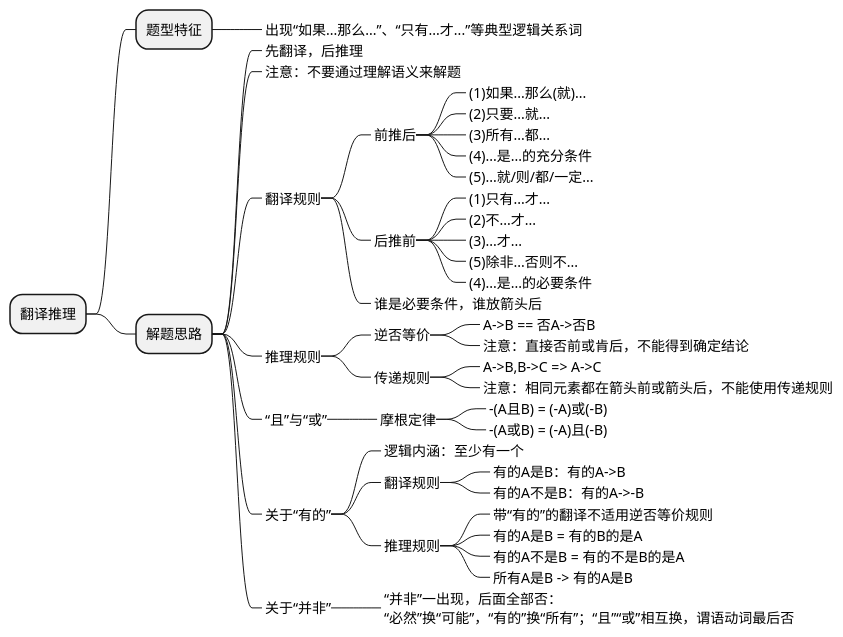
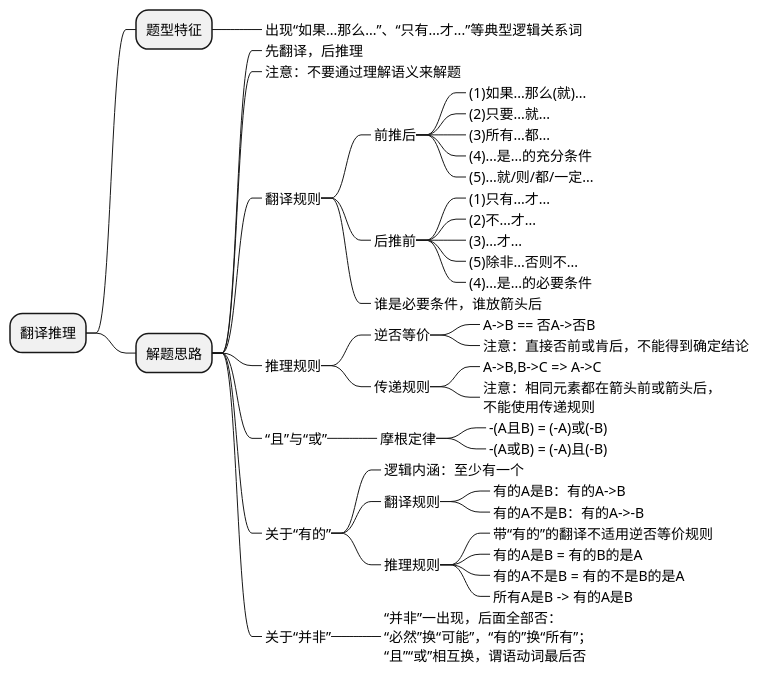
The seventh of 8 diagrams in source/_posts/math/gongkao-tuili.md (holmofy/blog.hufeifei.cn), drawn with PlantUML before and after one commit. The commit also changed other lines of this file, not shown here.

````diff
--- a/source/_posts/math/gongkao-tuili.md
+++ b/source/_posts/math/gongkao-tuili.md
@@ -235,47 +250,47 @@
 ```puml
 @startmindmap
 * 翻译推理
 ** 题型特征
 ***_ 出现“如果...那么...”、“只有...才...”等典型逻辑关系词
 ** 解题思路
 ***_ 先翻译，后推理
 ***_ 注意：不要通过理解语义来解题
 ***_ 翻译规则
 ****_ 前推后
 *****_ (1)如果...那么(就)...
 *****_ (2)只要...就...
 *****_ (3)所有...都...
 *****_ (4)...是...的充分条件
 *****_ (5)...就/则/都/一定...
 ****_ 后推前
 *****_ (1)只有...才...
 *****_ (2)不...才...
 *****_ (3)...才...
 *****_ (5)除非...否则不...
 *****_ (4)...是...的必要条件
 ****_ 谁是必要条件，谁放箭头后
 ***_ 推理规则
 ****_ 逆否等价
 *****_ A->B == 否A->否B
 *****_ 注意：直接否前或肯后，不能得到确定结论
 ****_ 传递规则
 *****_ A->B,B->C => A->C
-*****_ 注意：相同元素都在箭头前或箭头后，不能使用传递规则
+*****_ 注意：相同元素都在箭头前或箭头后，\n不能使用传递规则
 ***_ “且”与“或”
 ****_ 摩根定律
 *****_ -(A且B) = (-A)或(-B)
 *****_ -(A或B) = (-A)且(-B)
 ***_ 关于“有的”
 ****_ 逻辑内涵：至少有一个
 ****_ 翻译规则
 *****_ 有的A是B：有的A->B
 *****_ 有的A不是B：有的A->-B
 ****_ 推理规则
 *****_ 带“有的”的翻译不适用逆否等价规则
 *****_ 有的A是B = 有的B的是A
 *****_ 有的A不是B = 有的不是B的是A
 *****_ 所有A是B -> 有的A是B
 ***_ 关于“并非”
-****_ “并非”一出现，后面全部否：\n“必然”换“可能”，“有的”换“所有”；“且”“或”相互换，谓语动词最后否
+****_ “并非”一出现，后面全部否：\n“必然”换“可能”，“有的”换“所有”；\n“且”“或”相互换，谓语动词最后否
 @endmindmap
 ```
````
